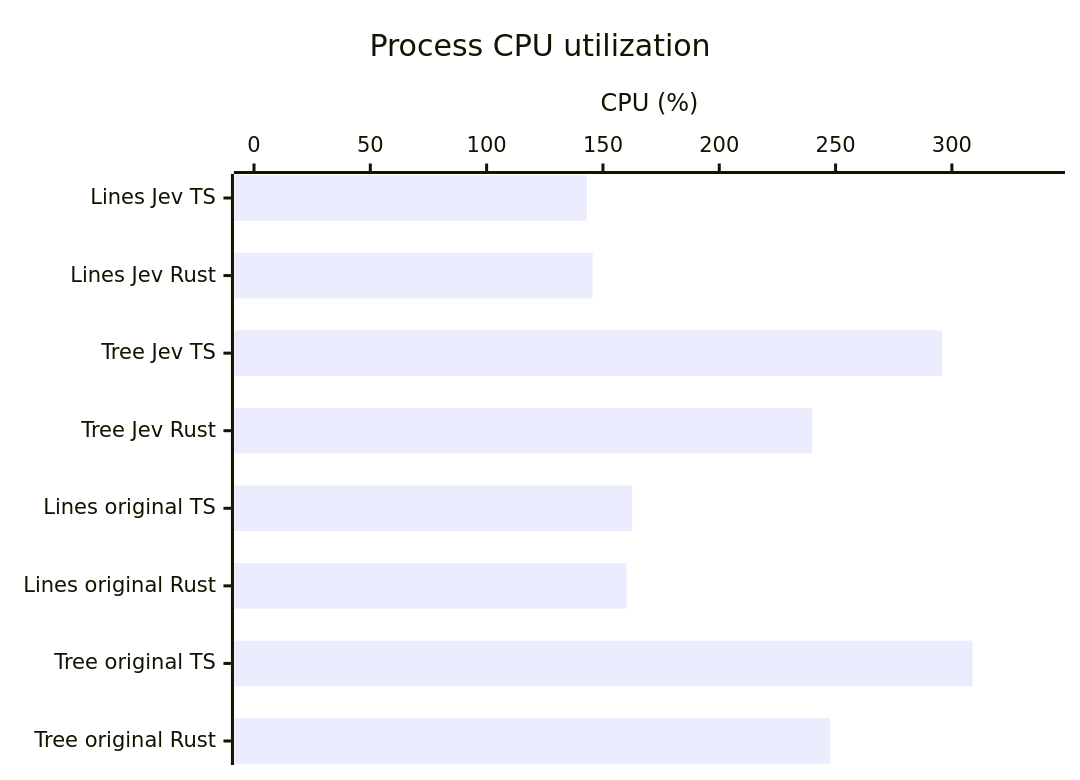
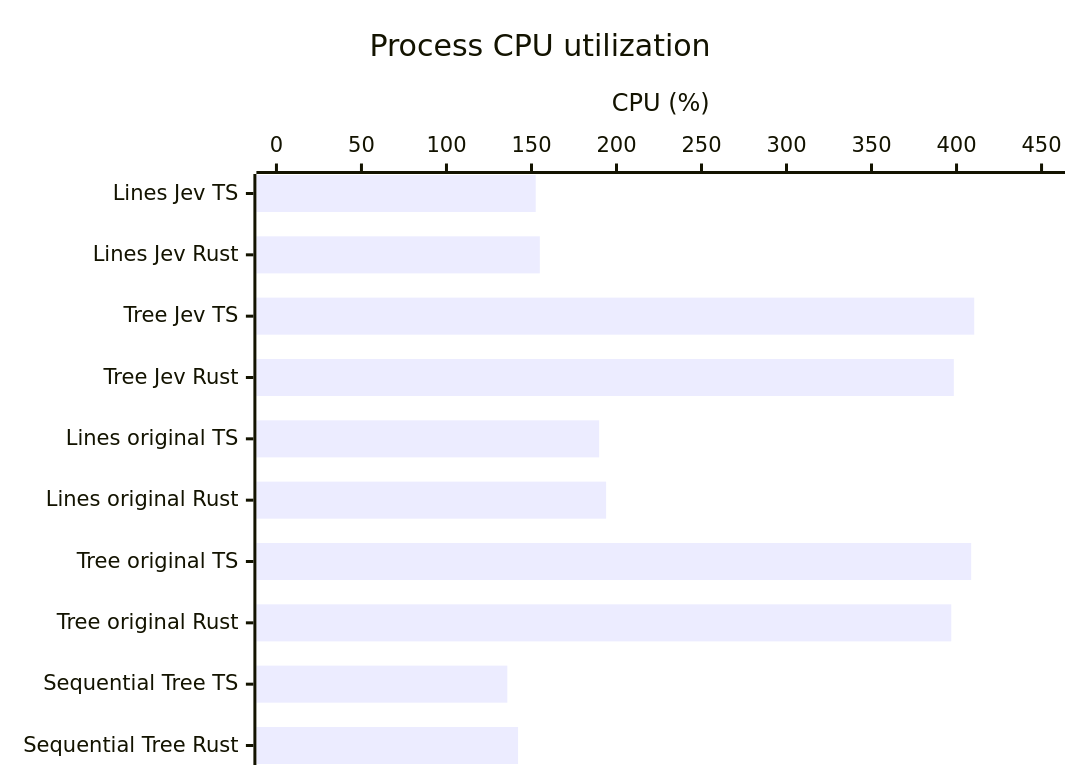
Before and after one commit to kossnocorp/spacer: the tenth of 17 diagrams in docs/benchmark.md, drawn with Mermaid. The commit also changed other lines of this file and 33 other files, not shown here.

````diff
--- a/docs/benchmark.md
+++ b/docs/benchmark.md
@@ -109,7 +149,7 @@
 ```mermaid
 xychart-beta horizontal
   title "Process CPU utilization"
-  x-axis ["Lines Jev TS", "Lines Jev Rust", "Tree Jev TS", "Tree Jev Rust", "Lines original TS", "Lines original Rust", "Tree original TS", "Tree original Rust"]
-  y-axis "CPU (%)" 0 --> 340
-  bar [143.1, 145.6, 295.8, 240, 162.6, 160.1, 308.9, 247.7]
+  x-axis ["Lines Jev TS", "Lines Jev Rust", "Tree Jev TS", "Tree Jev Rust", "Lines original TS", "Lines original Rust", "Tree original TS", "Tree original Rust", "Sequential Tree TS", "Sequential Tree Rust"]
+  y-axis "CPU (%)" 0 --> 452
+  bar [152.5, 154.9, 410.4, 398.4, 189.8, 193.9, 408.6, 396.9, 135.8, 142.1]
 ```
````
